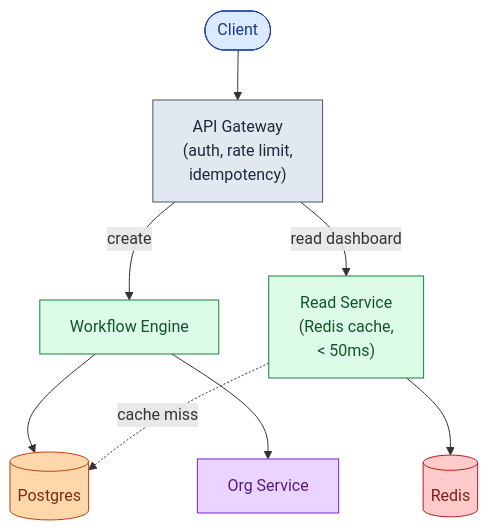
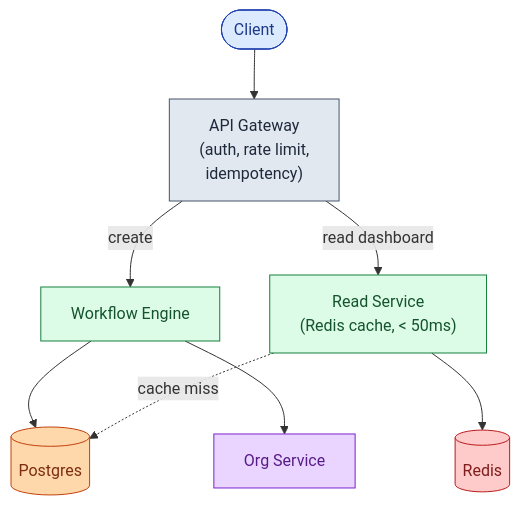
One commit to shiningflash/system-design changed the ninth of 12 diagrams in problems/011-approval-management/question.md. Above: the diagram before and after it, drawn with Mermaid. The commit also changed other lines of this file and 37 other files, not shown here.

````diff
--- a/problems/011-approval-management/question.md
+++ b/problems/011-approval-management/question.md
@@ -267,17 +403,17 @@
 ```mermaid
 flowchart TB
     C([Client]):::user --> GW["API Gateway<br/>(auth, rate limit,<br/>idempotency)"]:::edge
     GW -->|create| E["Workflow Engine"]:::app
-    GW -->|read dashboard| R["Read Service<br/>(Redis cache,<br/>< 50ms)"]:::app
+    GW -->|read dashboard| R["Read Service<br/>(Redis cache, < 50ms)"]:::app
     E --> DB[("Postgres")]:::db
     E --> O["Org Service"]:::ext
     R --> Cache[("Redis")]:::cache
     R -.cache miss.-> DB
 
     classDef user fill:#dbeafe,stroke:#1e40af,color:#1e3a8a
     classDef edge fill:#e2e8f0,stroke:#475569,color:#1e293b
     classDef app fill:#dcfce7,stroke:#15803d,color:#14532d
     classDef db fill:#fed7aa,stroke:#c2410c,color:#7c2d12
     classDef cache fill:#fecaca,stroke:#b91c1c,color:#7f1d1d
     classDef ext fill:#e9d5ff,stroke:#7e22ce,color:#581c87
 ```
````
